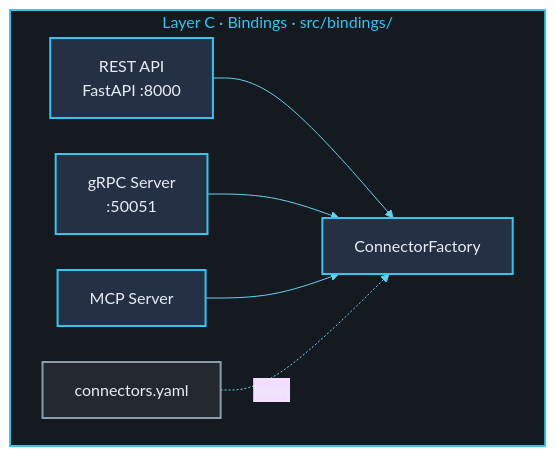
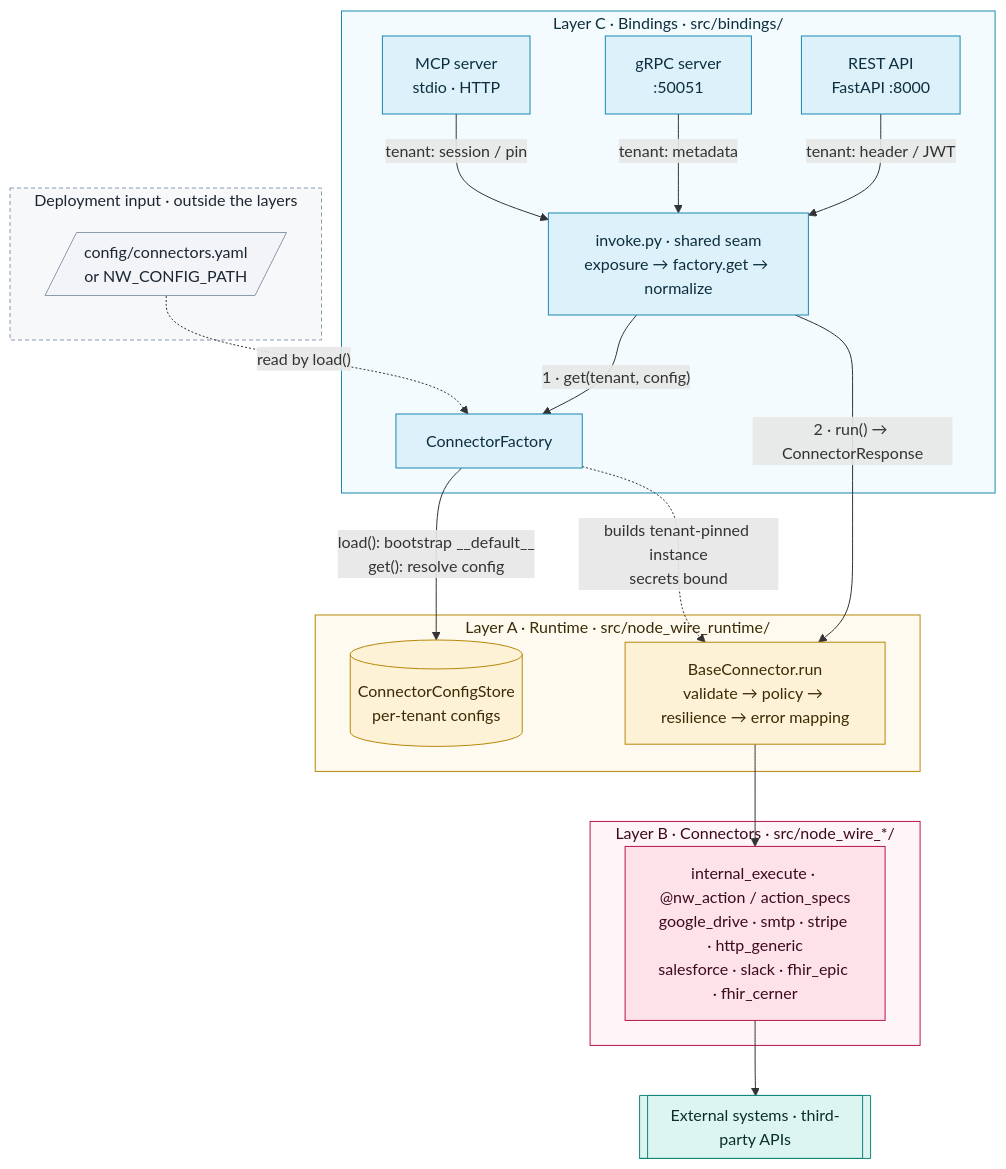
Before and after one commit to AOT-Technologies/node-wire: the first of 3 diagrams in docs/architecture.md, drawn with Mermaid. The commit also changed other lines of this file and 27 other files, not shown here.

````diff
--- a/docs/architecture.md
+++ b/docs/architecture.md
@@ -44,23 +22,51 @@
 ```mermaid
-%%{init: {"theme": "base", "themeVariables": {"fontSize": "16px", "fontFamily": "Inter, system-ui, sans-serif", "primaryTextColor": "#E8EDF5", "lineColor": "#62d2f5"}, "flowchart": {"nodeSpacing": 36, "rankSpacing": 40, "padding": 16}}}%%
-flowchart LR
-    subgraph layerC ["Layer C · Bindings · src/bindings/"]
-        direction LR
-        RestAPI["REST API<br/>FastAPI :8000"]
-        GrpcSrv["gRPC Server<br/>:50051"]
-        McpSrv["MCP Server"]
-        Factory["ConnectorFactory"]
-        Config["connectors.yaml"]
+flowchart TB
+    subgraph input["Deployment input · outside the layers"]
+        Config[/"config/connectors.yaml<br/>or NW_CONFIG_PATH"/]
     end
 
-    RestAPI --> Factory
-    GrpcSrv --> Factory
-    McpSrv --> Factory
-    Config -. "loads" .-> Factory
+    subgraph layerC["Layer C · Bindings · src/bindings/"]
+        RestAPI["REST API<br/>FastAPI :8000"]
+        GrpcSrv["gRPC server<br/>:50051"]
+        McpSrv["MCP server<br/>stdio · HTTP"]
+        Invoke["invoke.py · shared seam<br/>exposure → factory.get → normalize"]
+        Factory["ConnectorFactory"]
+    end
 
-    classDef bindings fill:#243044,stroke:#37c4f0,stroke-width:2px,color:#E8EDF5
-    classDef config fill:#242930,stroke:#8A9BAC,stroke-width:2px,color:#E8EDF5
-    class RestAPI,GrpcSrv,McpSrv,Factory bindings
-    class Config config
-    style layerC fill:#151920,stroke:#37c4f0,stroke-width:2px,color:#37c4f0
+    subgraph layerA["Layer A · Runtime · src/node_wire_runtime/"]
+        Store[("ConnectorConfigStore<br/>per-tenant configs")]
+        Run["BaseConnector.run<br/>validate → policy → resilience → error mapping"]
+    end
+
+    subgraph layerB["Layer B · Connectors · src/node_wire_*/"]
+        Conns["internal_execute · @nw_action / action_specs<br/>google_drive · smtp · stripe · http_generic<br/>salesforce · slack · fhir_epic · fhir_cerner"]
+    end
+
+    Ext[["External systems · third-party APIs"]]
+
+    RestAPI -- "tenant: header / JWT" --> Invoke
+    GrpcSrv -- "tenant: metadata" --> Invoke
+    McpSrv -- "tenant: session / pin" --> Invoke
+    Invoke -- "1 · get(tenant, config)" --> Factory
+    Invoke -- "2 · run() → ConnectorResponse" --> Run
+    Config -. "read by load()" .-> Factory
+    Factory -- "load(): bootstrap __default__<br/>get(): resolve config" --> Store
+    Factory -. "builds tenant-pinned instance<br/>secrets bound" .-> Run
+    Run --> Conns
+    Conns --> Ext
+
+    classDef binding fill:#ddf1fb,stroke:#1a88b0,stroke-width:1px,color:#0d2f3d
+    classDef store fill:#f2f4f7,stroke:#8a9bac,stroke-width:1px,color:#1c2733
+    classDef runtime fill:#fdf2d6,stroke:#b8860b,stroke-width:1px,color:#3a2c05
+    classDef connector fill:#fde2ea,stroke:#b81548,stroke-width:1px,color:#3d0a1d
+    classDef ext fill:#ddf5f0,stroke:#12867a,stroke-width:1px,color:#0b2f2a
+    class RestAPI,GrpcSrv,McpSrv,Invoke,Factory binding
+    class Config store
+    class Store,Run runtime
+    class Conns connector
+    class Ext ext
+    style input fill:#f7f8fa,stroke:#8a9bac,stroke-width:1px,stroke-dasharray:4 3,color:#1c2733
+    style layerC fill:#f4fbfe,stroke:#1a88b0,stroke-width:1px,color:#0d2f3d
+    style layerA fill:#fffaf0,stroke:#b8860b,stroke-width:1px,color:#3a2c05
+    style layerB fill:#fff5f8,stroke:#b81548,stroke-width:1px,color:#3d0a1d
 ```
````
